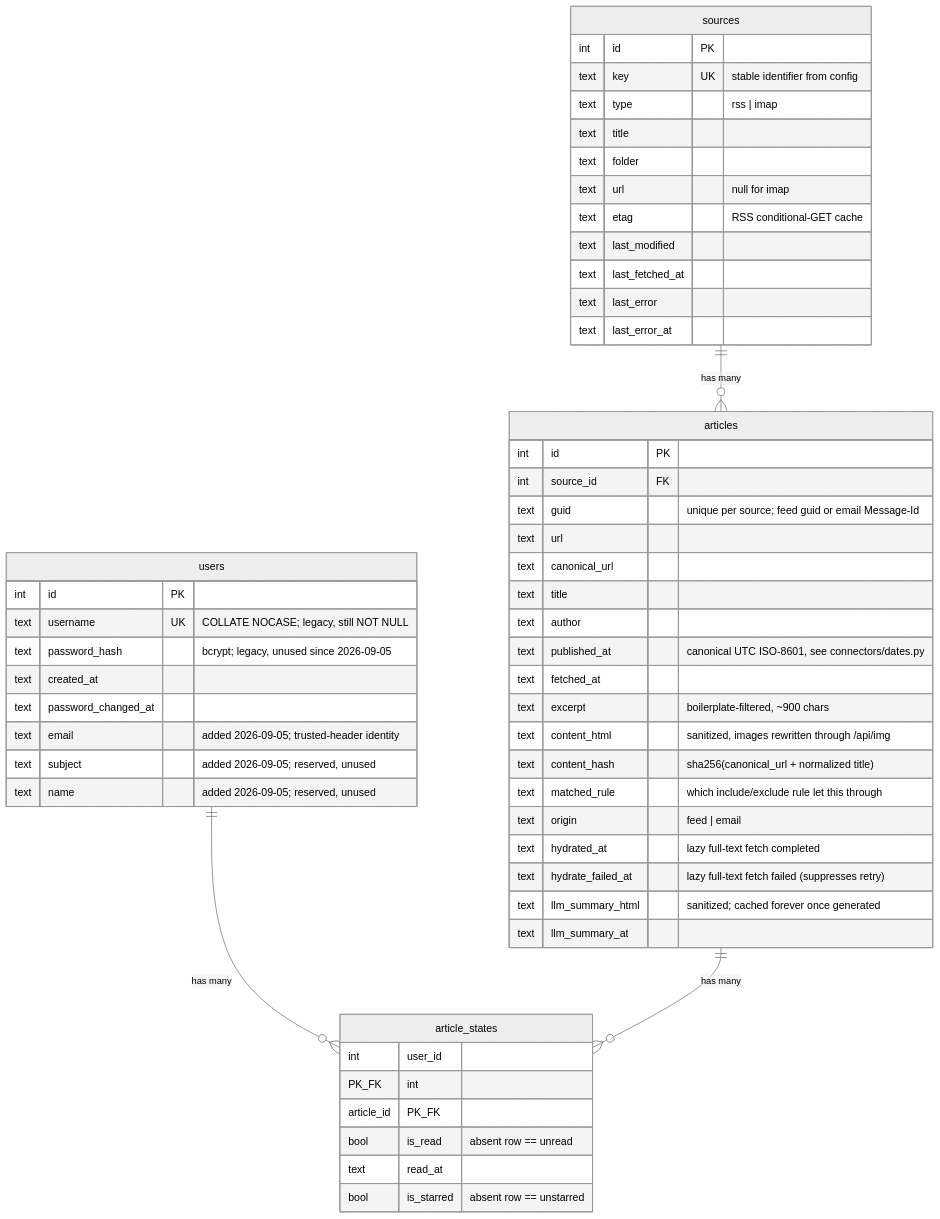
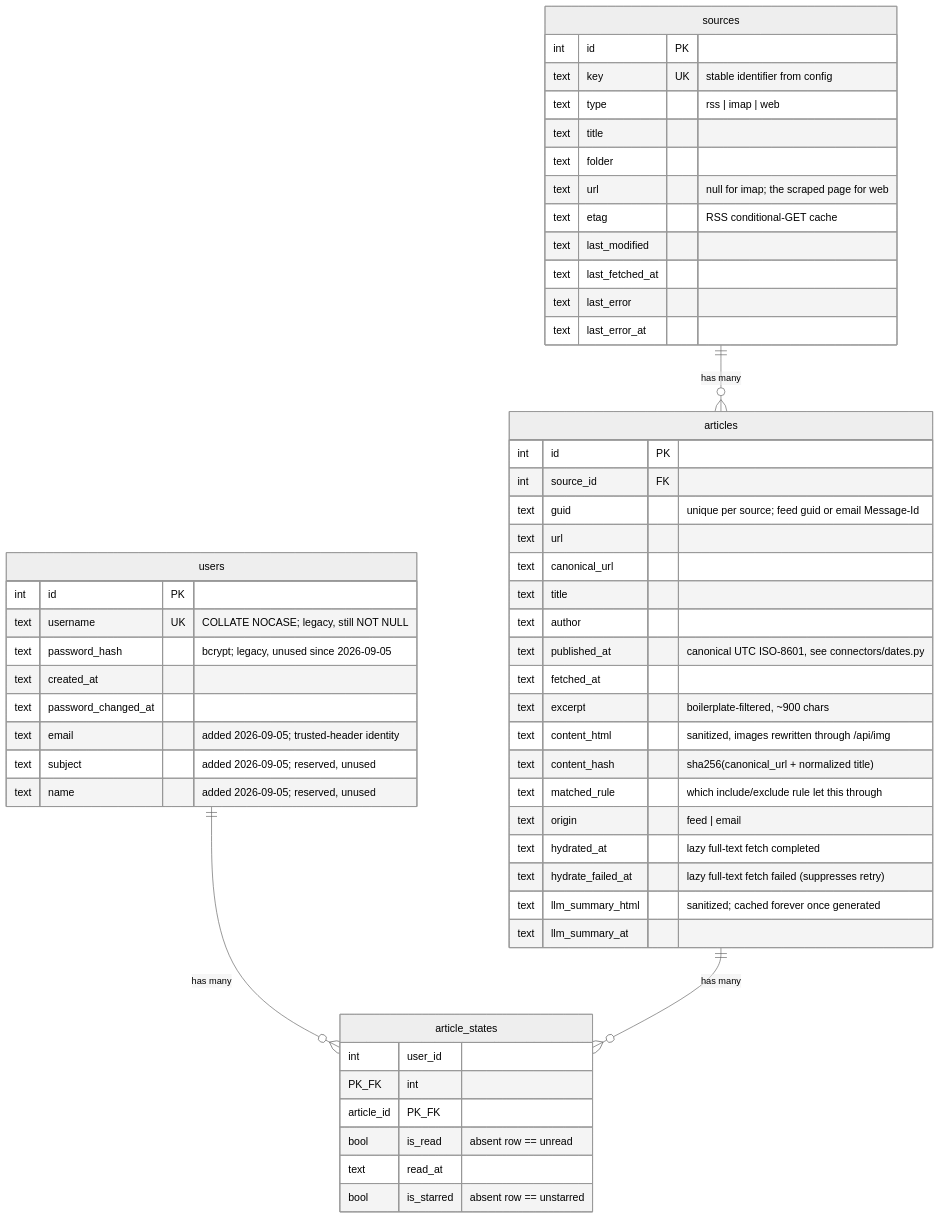
One commit to pengyaoc/openreader changed the diagram in docs/ERD.md. Above: the diagram before and after it, drawn with Mermaid (neutral theme). The commit also changed other lines of this file and 23 other files, not shown here.

First line of the commit message:
Add web feed builder for sites without RSS

````diff
--- a/docs/ERD.md
+++ b/docs/ERD.md
@@ -118,60 +118,60 @@
 ```mermaid
 erDiagram
     sources ||--o{ articles : "has many"
     users ||--o{ article_states : "has many"
     articles ||--o{ article_states : "has many"
 
     sources {
         int id PK
         text key UK "stable identifier from config"
-        text type "rss | imap"
+        text type "rss | imap | web"
         text title
         text folder
-        text url "null for imap"
+        text url "null for imap; the scraped page for web"
         text etag "RSS conditional-GET cache"
         text last_modified
         text last_fetched_at
         text last_error
         text last_error_at
     }
 
     articles {
         int id PK
         int source_id FK
         text guid "unique per source; feed guid or email Message-Id"
         text url
         text canonical_url
         text title
         text author
         text published_at "canonical UTC ISO-8601, see connectors/dates.py"
         text fetched_at
         text excerpt "boilerplate-filtered, ~900 chars"
         text content_html "sanitized, images rewritten through /api/img"
         text content_hash "sha256(canonical_url + normalized title)"
         text matched_rule "which include/exclude rule let this through"
         text origin "feed | email"
         text hydrated_at "lazy full-text fetch completed"
         text hydrate_failed_at "lazy full-text fetch failed (suppresses retry)"
         text llm_summary_html "sanitized; cached forever once generated"
         text llm_summary_at
     }
 
     users {
         int id PK
         text username UK "COLLATE NOCASE; legacy, still NOT NULL"
         text password_hash "bcrypt; legacy, unused since 2026-09-05"
         text created_at
         text password_changed_at
         text email "added 2026-09-05; trusted-header identity"
         text subject "added 2026-09-05; reserved, unused"
         text name "added 2026-09-05; reserved, unused"
     }
 
     article_states {
         int user_id PK_FK
         int article_id PK_FK
         bool is_read "absent row == unread"
         text read_at
         bool is_starred "absent row == unstarred"
     }
 ```
````
